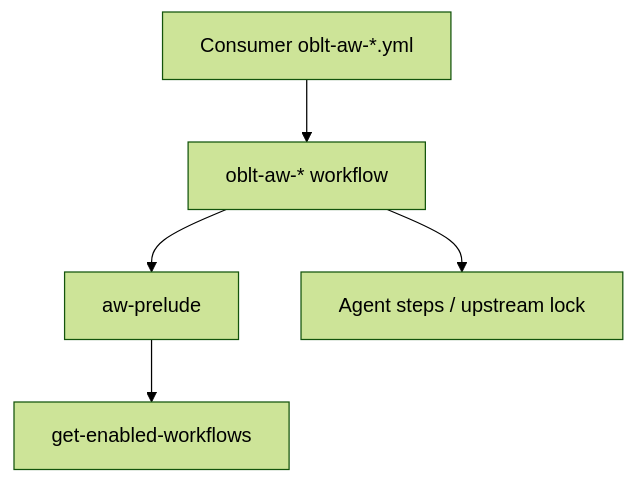
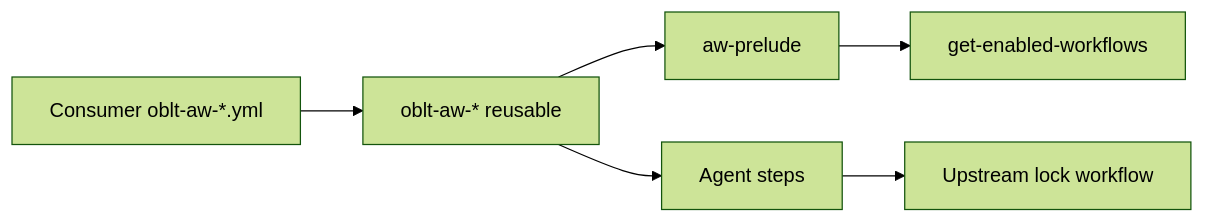
The fourth of 4 diagrams in docs/architecture/overview.md (elastic/oblt-aw), drawn with Mermaid (forest theme) before and after one commit. The commit also changed other lines of this file and 1 other file, not shown here.

First line of the commit message:
docs: add split-trigger architecture diagrams

````diff
--- a/docs/architecture/overview.md
+++ b/docs/architecture/overview.md
@@ -127,7 +183,8 @@
 ```mermaid
-flowchart TD
-  A[Consumer oblt-aw-*.yml] --> G[oblt-aw-* workflow]
+flowchart LR
+  A[Consumer oblt-aw-*.yml] --> G[oblt-aw-* reusable]
   G --> P[aw-prelude]
   P --> B[get-enabled-workflows]
-  G --> D[Agent steps / upstream lock]
+  G --> D[Agent steps]
+  D --> L[Upstream lock workflow]
 ```
````
